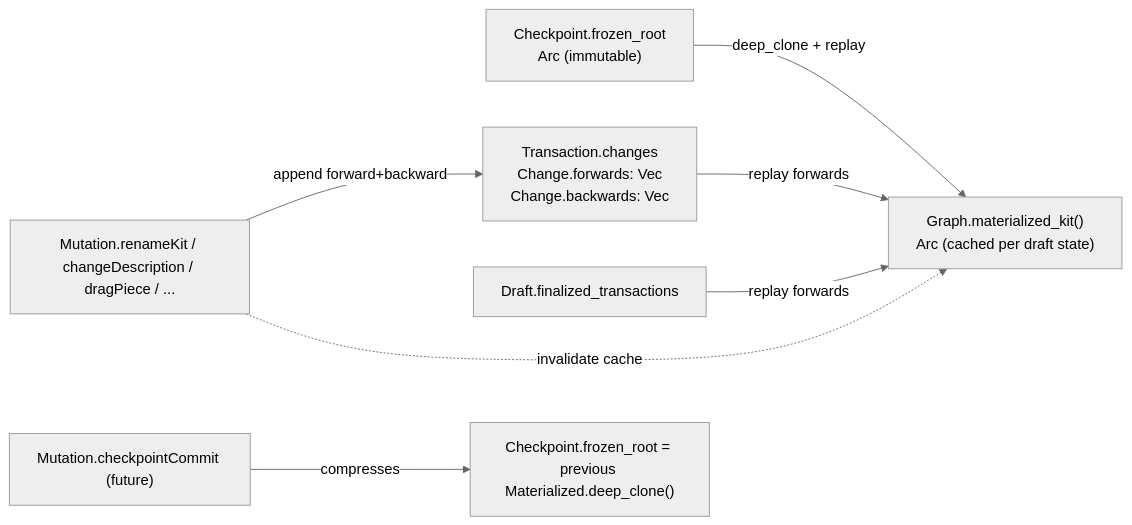
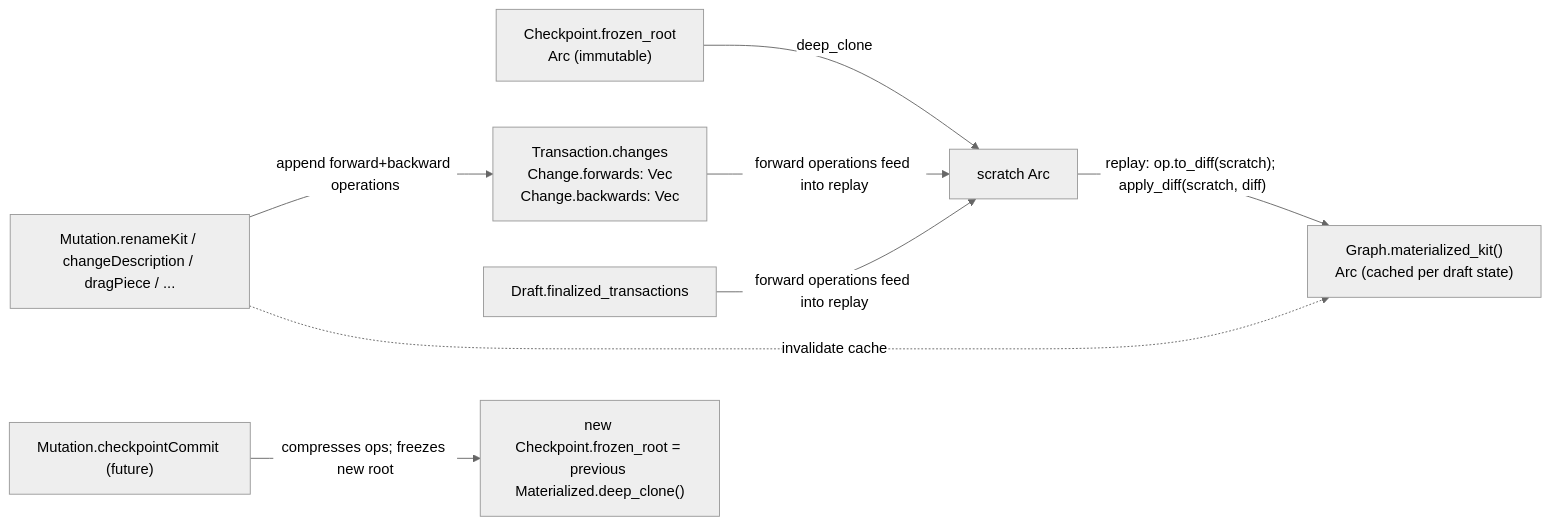
Before and after one commit to usalu/semio: the diagram in .cursor/plans/rs_kit_store_materialization_86ff846b.plan.md, drawn with Mermaid (neutral theme). The commit also changed other lines of this file and 1 other file, not shown here.

````diff
--- a/.cursor/plans/rs_kit_store_materialization_86ff846b.plan.md
+++ b/.cursor/plans/rs_kit_store_materialization_86ff846b.plan.md
@@ -47,9 +52,10 @@
 ```mermaid
 flowchart LR
-  RootKit["Checkpoint.frozen_root<br/>Arc<Kit> (immutable)"] -->|deep_clone + replay| Materialized["Graph.materialized_kit()<br/>Arc<Kit> (cached per draft state)"]
-  OpenTx["Transaction.changes<br/>Change.forwards: Vec<KitOperation><br/>Change.backwards: Vec<KitOperation>"] -->|"replay forwards"| Materialized
-  FinalizedTx["Draft.finalized_transactions"] -->|"replay forwards"| Materialized
-  Cmd["Mutation.renameKit / changeDescription / dragPiece / ..."] -->|append forward+backward| OpenTx
+  RootKit["Checkpoint.frozen_root<br/>Arc<Kit> (immutable)"] -->|deep_clone| Scratch["scratch Arc<Kit>"]
+  Scratch -->|"replay: op.to_diff(scratch); apply_diff(scratch, diff)"| Materialized["Graph.materialized_kit()<br/>Arc<Kit> (cached per draft state)"]
+  OpenTx["Transaction.changes<br/>Change.forwards: Vec<KitOperation><br/>Change.backwards: Vec<KitOperation>"] -->|"forward operations feed into replay"| Scratch
+  FinalizedTx["Draft.finalized_transactions"] -->|"forward operations feed into replay"| Scratch
+  Cmd["Mutation.renameKit / changeDescription / dragPiece / ..."] -->|append forward+backward operations| OpenTx
   Cmd -.->|"invalidate cache"| Materialized
-  Commit["Mutation.checkpointCommit (future)"] -->|compresses| NewCp["Checkpoint.frozen_root = previous Materialized.deep_clone()"]
+  Commit["Mutation.checkpointCommit (future)"] -->|"compresses ops; freezes new root"| NewCp["new Checkpoint.frozen_root = previous Materialized.deep_clone()"]
 ```
````
